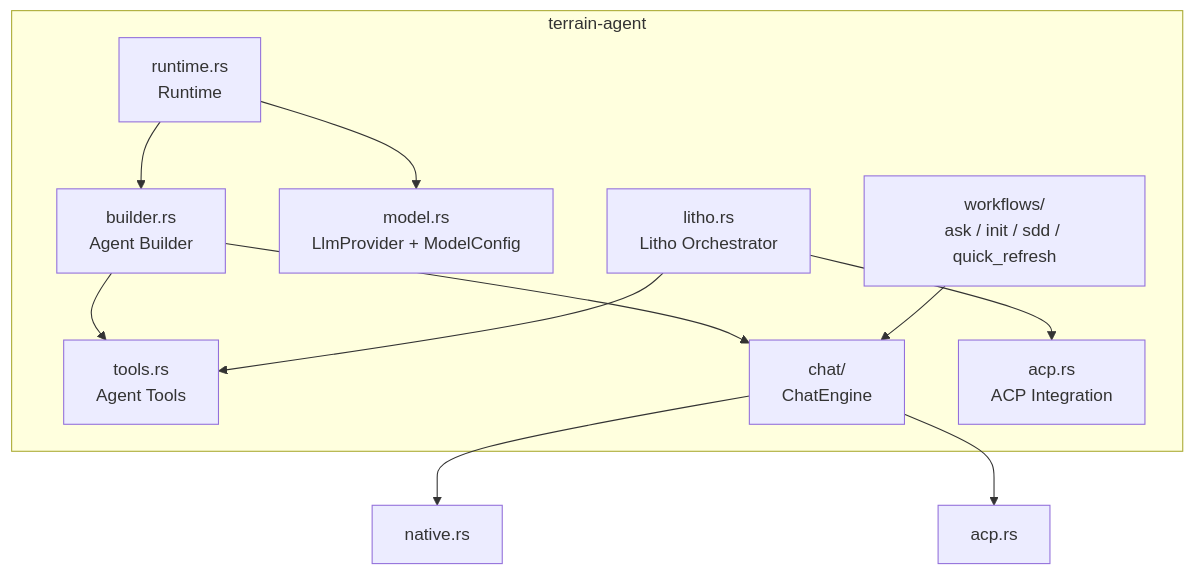
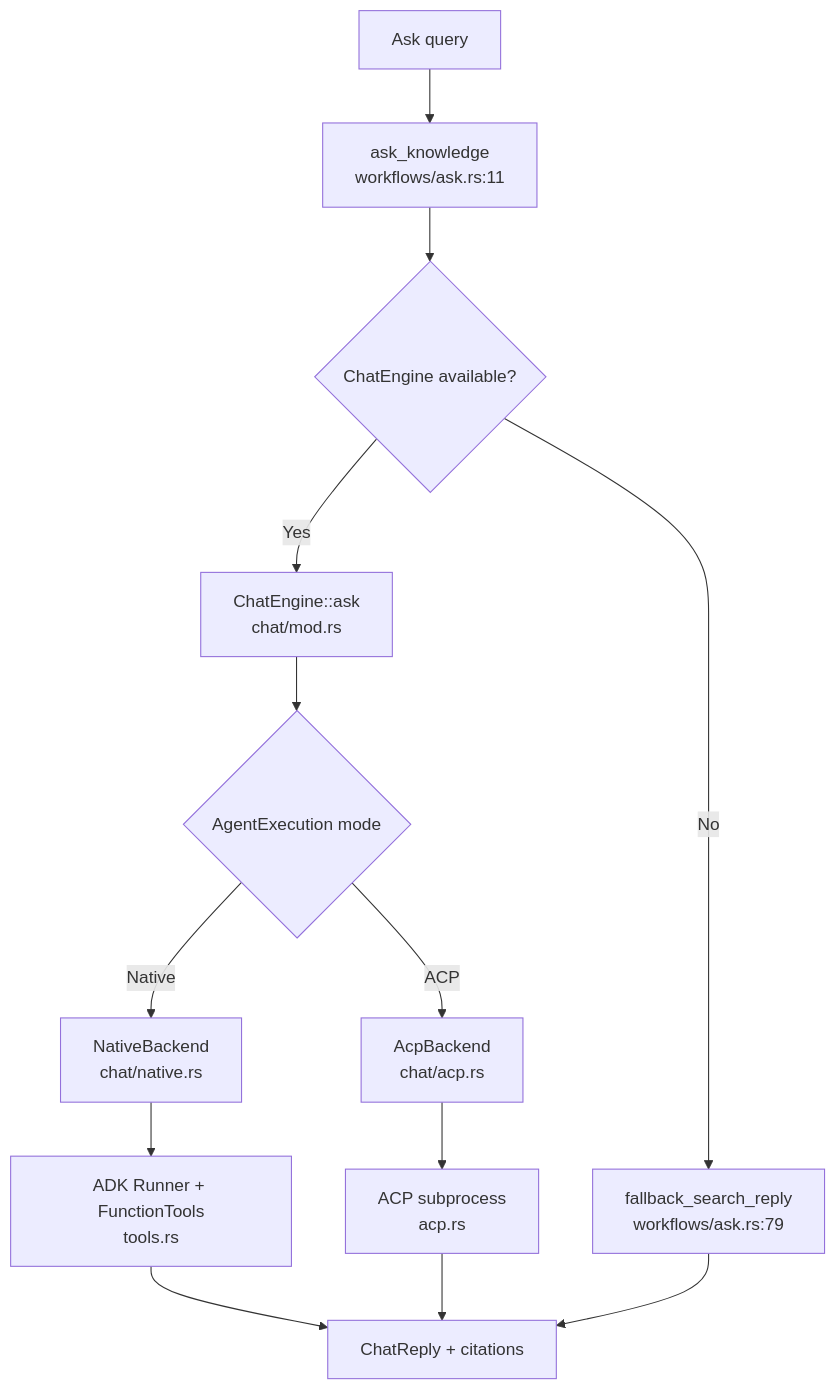
The diagram in .terrain/human/4.Deep-Exploration/terrain-agent.md (sopaco/terrain), drawn with Mermaid before and after one commit. The commit also changed other lines of this file and 10 other files, not shown here.

````diff
--- a/.terrain/human/4.Deep-Exploration/terrain-agent.md
+++ b/.terrain/human/4.Deep-Exploration/terrain-agent.md
@@ -13,23 +50,15 @@
 ```mermaid
-graph TD
-    subgraph terrain-agent
-        runtime[runtime.rs<br/>Runtime]
-        builder[builder.rs<br/>Agent Builder]
-        model[model.rs<br/>LlmProvider + ModelConfig]
-        tools[tools.rs<br/>Agent Tools]
-        chat[chat/<br/>ChatEngine]
-        litho[litho.rs<br/>Litho Orchestrator]
-        workflows[workflows/<br/>ask / init / sdd / quick_refresh]
-        acp[acp.rs<br/>ACP Integration]
-    end
-
-    runtime --> builder
-    runtime --> model
-    builder --> tools
-    builder --> chat
-    chat --> native[native.rs]
-    chat --> acp_backend[acp.rs]
-    workflows --> chat
-    litho --> acp
-    litho --> tools
+flowchart TD
+    A["Ask query"] --> B["ask_knowledge<br/>workflows/ask.rs:11"]
+    B --> C{"ChatEngine available?"}
+    C -->|No| D["fallback_search_reply<br/>workflows/ask.rs:79"]
+    C -->|Yes| E["ChatEngine::ask<br/>chat/mod.rs"]
+    E --> F{"AgentExecution mode"}
+    F -->|Native| G["NativeBackend<br/>chat/native.rs"]
+    F -->|ACP| H["AcpBackend<br/>chat/acp.rs"]
+    G --> I["ADK Runner + FunctionTools<br/>tools.rs"]
+    H --> J["ACP subprocess<br/>acp.rs"]
+    I --> K["ChatReply + citations"]
+    J --> K
+    D --> K
 ```
````
